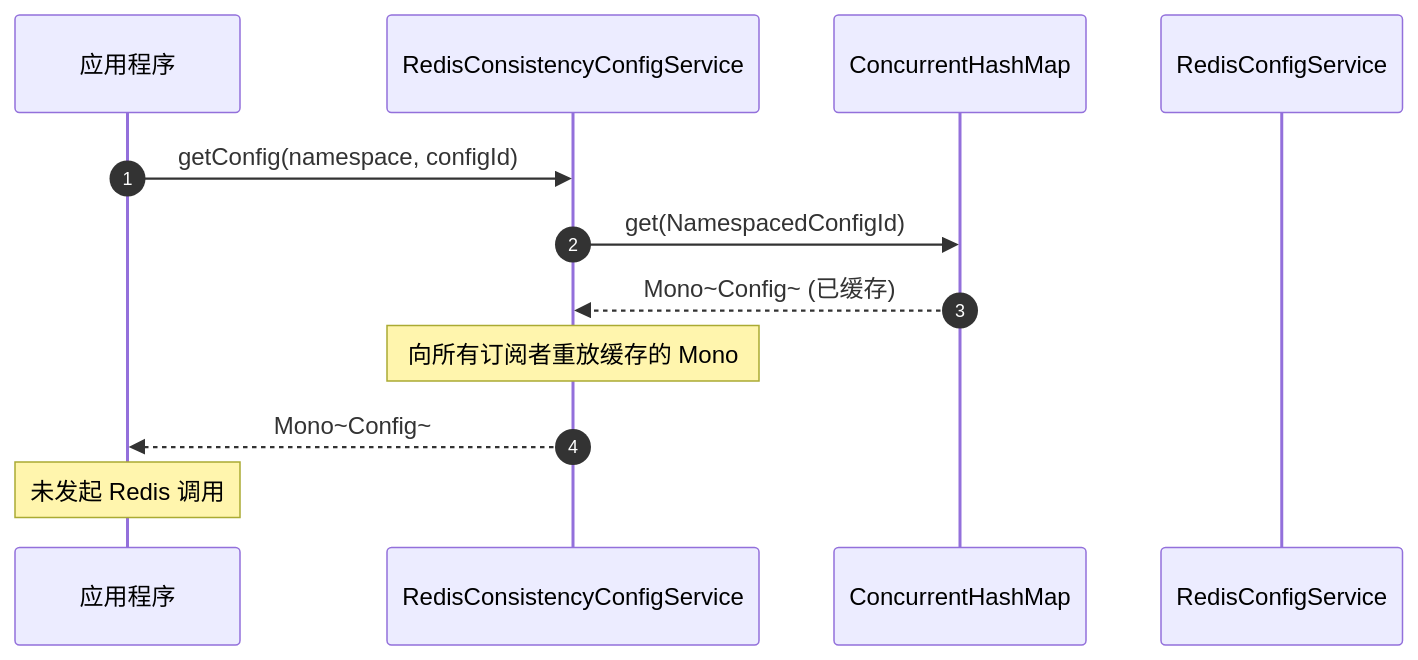
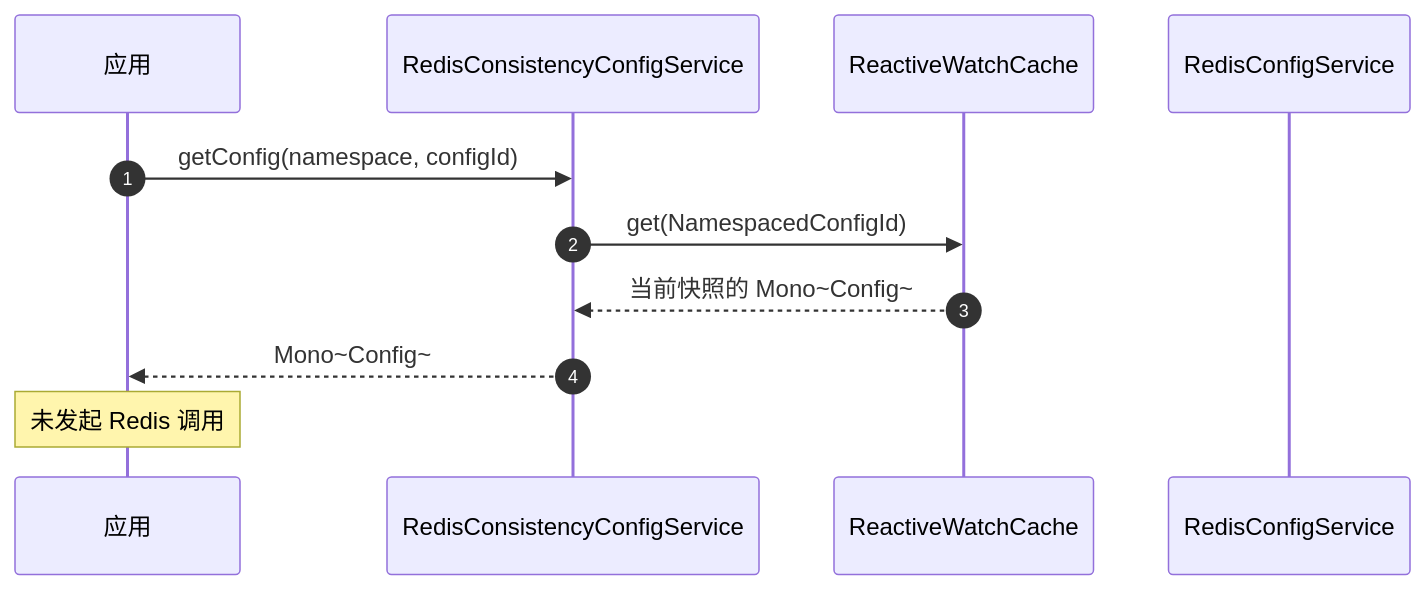
Before and after one commit to Ahoo-Wang/CoSky: the third of 7 diagrams in wiki/zh/guide/config-consistency.md, drawn with Mermaid. The commit also changed other lines of this file and 35 other files, not shown here.

````diff
--- a/wiki/zh/guide/config-consistency.md
+++ b/wiki/zh/guide/config-consistency.md
@@ -117,15 +117,14 @@
 ```mermaid
 sequenceDiagram
     autonumber
-    participant App as 应用程序
+    participant App as 应用
     participant RCS as RedisConsistencyConfigService
-    participant Cache as ConcurrentHashMap
+    participant Cache as ReactiveWatchCache
     participant RDS as RedisConfigService
 
     App->>RCS: getConfig(namespace, configId)
     RCS->>Cache: get(NamespacedConfigId)
-    Cache-->>RCS: Mono~Config~ (已缓存)
-    Note over RCS: 向所有订阅者重放缓存的 Mono
+    Cache-->>RCS: 当前快照的 Mono~Config~
     RCS-->>App: Mono~Config~
     Note over App: 未发起 Redis 调用
 ```
````
